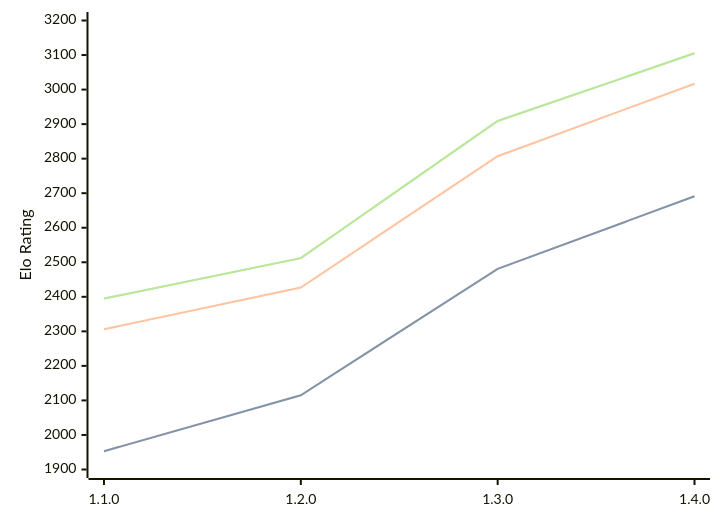
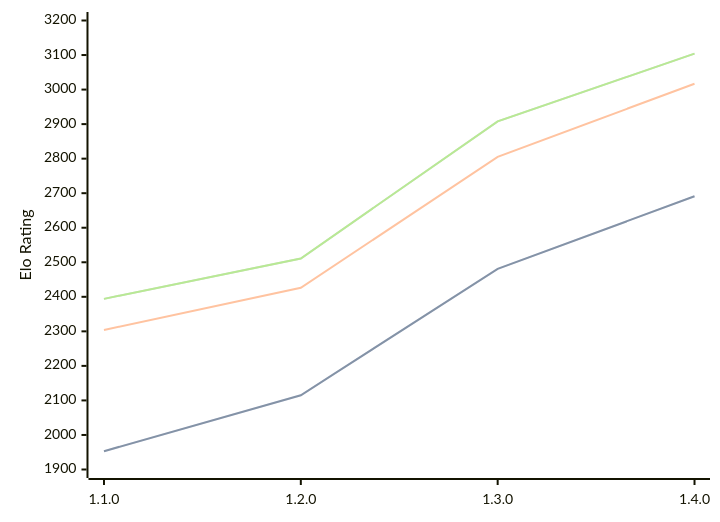
The third of 3 diagrams in engines/Gyatso.md (computer-chess-index/cci), drawn with Mermaid before and after one commit. The commit also changed other lines of this file, not shown here.

Commit message:
Update CCI Ratings (ELO VLTC) - 2026-06-27

````diff
--- a/engines/Gyatso.md
+++ b/engines/Gyatso.md
@@ -68,11 +68,11 @@
 ```mermaid
 %%{init: {"theme":"base","themeVariables":{"seriesColors:['#a3a3a3','#222221','#faa371']}}}%%
 xychart-beta
   x-axis ["1.1.0", "1.2.0", "1.3.0", "1.4.0"]
   y-axis "Elo Rating" 1900 --> 3200
   line "STC (8.0+0.08s)" [1953, 2115, 2481, 2691]
   line "STC (8.0+0.08s)" [1953, 2115, 2481, 2691]
-  line "LTC (60.0+0.60s)" [2306, 2427, 2807, 3017]
-  line "VLTC (2m24s+1.12s)" [2395, 2512, 2909, 3105]
-  line "VLTC (2m24s+1.12s)" [2395, 2512, 2909, 3105]
+  line "LTC (60.0+0.60s)" [2304, 2426, 2805, 3017]
+  line "VLTC (2m24s+1.12s)" [2394, 2511, 2908, 3104]
+  line "VLTC (2m24s+1.12s)" [2394, 2511, 2908, 3104]
 ```
````
